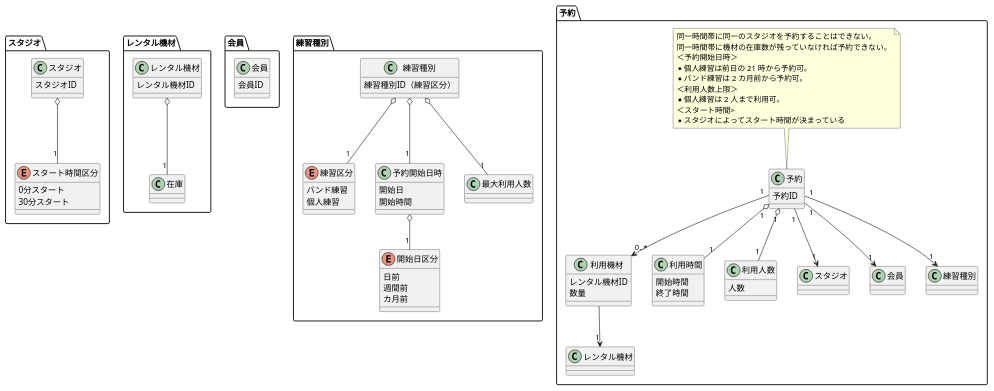
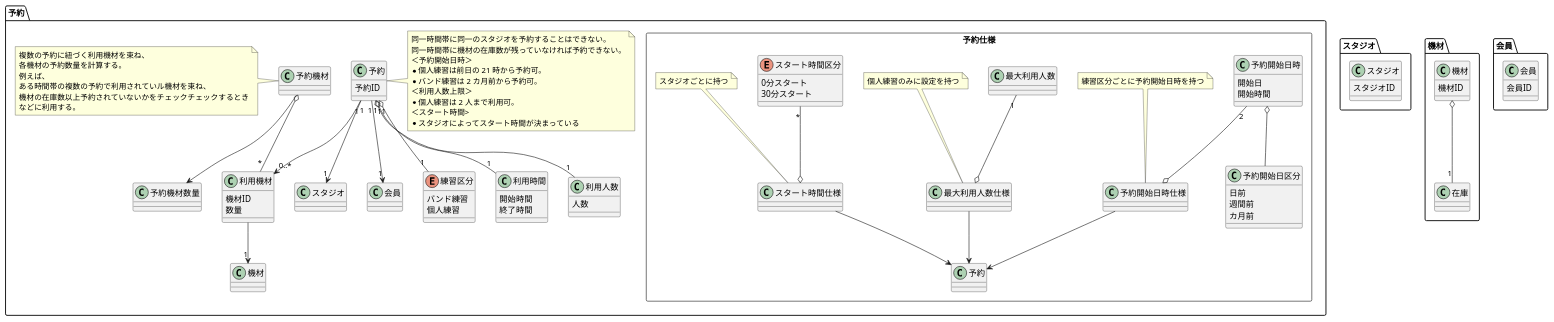
Before and after one commit to TakashiOnawa/ddd-practice-studio-reservation: the diagram in modeling/07_DomainModel_予約.pu, drawn with PlantUML. The commit also changed 68 other files, not shown here.

```diff
--- a/modeling/07_DomainModel_予約.pu
+++ b/modeling/07_DomainModel_予約.pu
@@ -1,105 +1,145 @@
 @startuml DomainModel
 
 package スタジオ {
     class スタジオ {
         スタジオID
     }
-
-    enum スタート時間区分 {
-        0分スタート
-        30分スタート
-    }
-
-    スタジオ o-- "1" スタート時間区分
 }
 
-package レンタル機材 {
-    class レンタル機材 {
-        レンタル機材ID
+package 機材 {
+    class 機材 {
+        機材ID
     }
 
     class 在庫 {
-
     }
 
-    レンタル機材 o-- "1" 在庫
+    機材 o-- "1" 在庫
 }
 
 package 会員 {
     class 会員 {
         会員ID
     }
 }
 
-package 練習種別 {
-    class 練習種別 {
-        練習種別ID（練習区分）
+package 予約 {
+    class 予約 {
+        予約ID
     }
 
     enum 練習区分 {
         バンド練習
         個人練習
     }
 
-    class 予約開始日時 {
-        開始日
-        開始時間
-    }
-    
-    enum 開始日区分 {
-        日前
-        週間前
-        カ月前
-    }
-
-    class 最大利用人数 {
-    }
-
-    練習種別 o-- "1" 練習区分
-    練習種別 o-- "1" 予約開始日時
-    予約開始日時 o-- "1" 開始日区分
-    練習種別 o-- "1" 最大利用人数
-}
-
-package 予約 {
-    class 予約 {
-        予約ID
-    }
-
     class 利用機材 {
-        レンタル機材ID
+        機材ID
         数量
     }
 
     class 利用時間 {
         開始時間
         終了時間
     }
 
     class 利用人数 {
         人数
     }
 
     予約 "1" --> "1" スタジオ
     予約 "1" --> "1" 会員
-    予約 "1" --> "1" 練習種別
+    予約 "1" o-- "1" 練習区分
     予約 "1" o-- "1" 利用時間
     予約 "1" o-- "1" 利用人数
     予約 "1" --> "0..*" 利用機材
-    利用機材 --> "1" レンタル機材
+    利用機材 --> "1" 機材
 
-    note top of 予約
+    note right of 予約
     同一時間帯に同一のスタジオを予約することはできない。
     同一時間帯に機材の在庫数が残っていなければ予約できない。
     ＜予約開始日時＞
     * 個人練習は前日の 21 時から予約可。
     * バンド練習は 2 カ月前から予約可。
     ＜利用人数上限＞
     * 個人練習は 2 人まで利用可。
     ＜スタート時間>
     * スタジオによってスタート時間が決まっている
     end note
+
+    class 予約機材 {
+    }
+
+    class 予約機材数量 {
+    }
+
+    予約機材 o-- "*" 利用機材
+    予約機材 --> 予約機材数量
+
+    note left of 予約機材
+    複数の予約に紐づく利用機材を束ね、
+    各機材の予約数量を計算する。
+    例えば、
+    ある時間帯の複数の予約で利用されていル機材を束ね、
+    機材の在庫数以上予約されていないかをチェックチェックするとき
+    などに利用する。
+    end note
+
+
+    rectangle 予約仕様 {
+        
+        class 予約開始日時仕様 {
+        }
+
+        class 予約開始日時 {
+            開始日
+            開始時間
+        }
+
+        class 予約開始日区分 {
+            日前
+            週間前
+            カ月前
+        }
+
+        予約開始日時仕様 --> 予約
+        予約開始日時 "2" --o 予約開始日時仕様
+        予約開始日時 o-- 予約開始日区分
+
+        note top of 予約開始日時仕様
+        練習区分ごとに予約開始日時を持つ
+        end note
+
+
+        class 最大利用人数仕様 {
+        }
+
+        class 最大利用人数 {
+        }
+
+        最大利用人数仕様 --> 予約
+        最大利用人数 "1" --o 最大利用人数仕様
+
+        note top of 最大利用人数仕様
+        個人練習のみに設定を持つ
+        end note
+
+
+        class スタート時間仕様 {
+        }
+
+        enum スタート時間区分 {
+            0分スタート
+            30分スタート
+        }
+
+        スタート時間仕様 --> 予約
+        スタート時間区分 "*" --o スタート時間仕様
+
+        note top of スタート時間仕様
+        スタジオごとに持つ
+        end note    
+    }
 }
 
-
 @enduml
```
